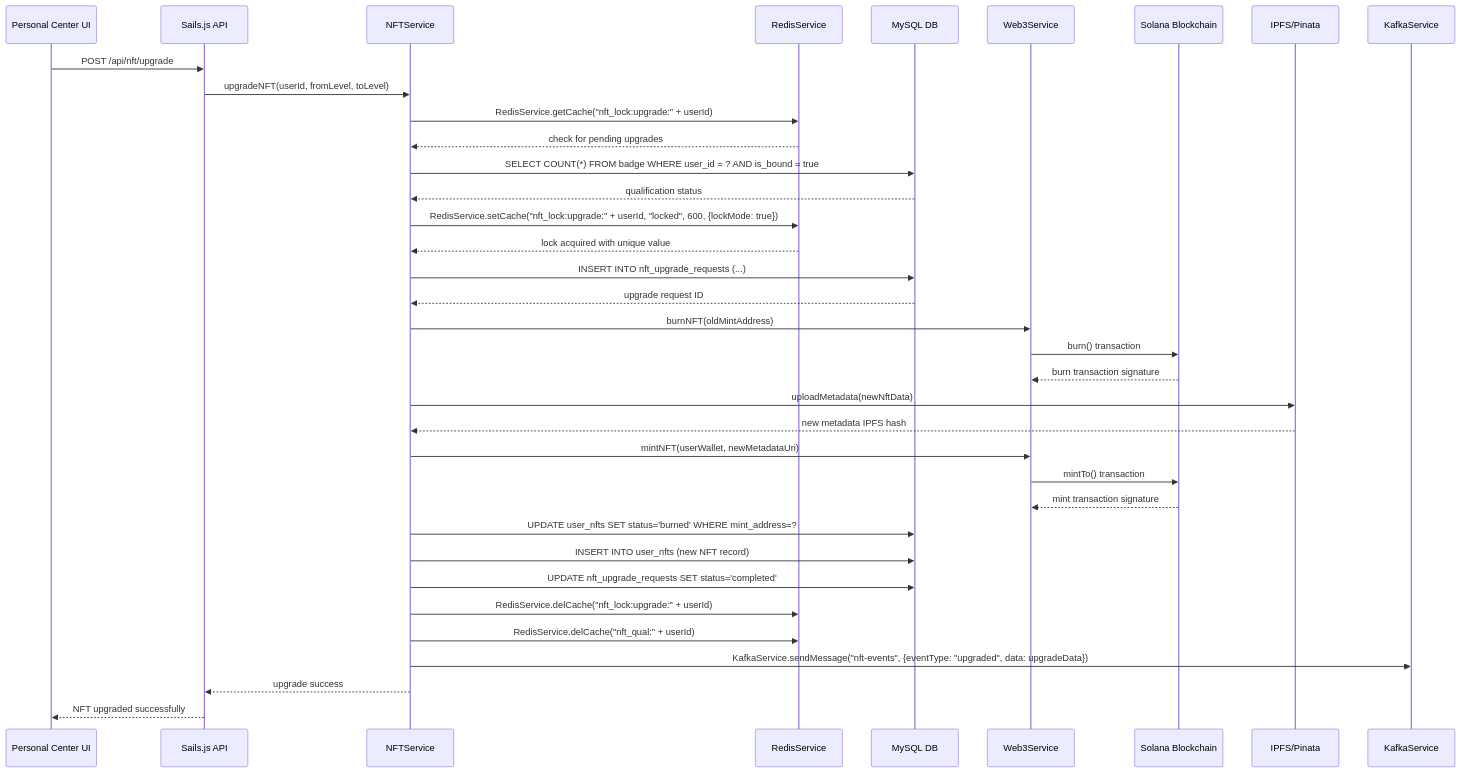
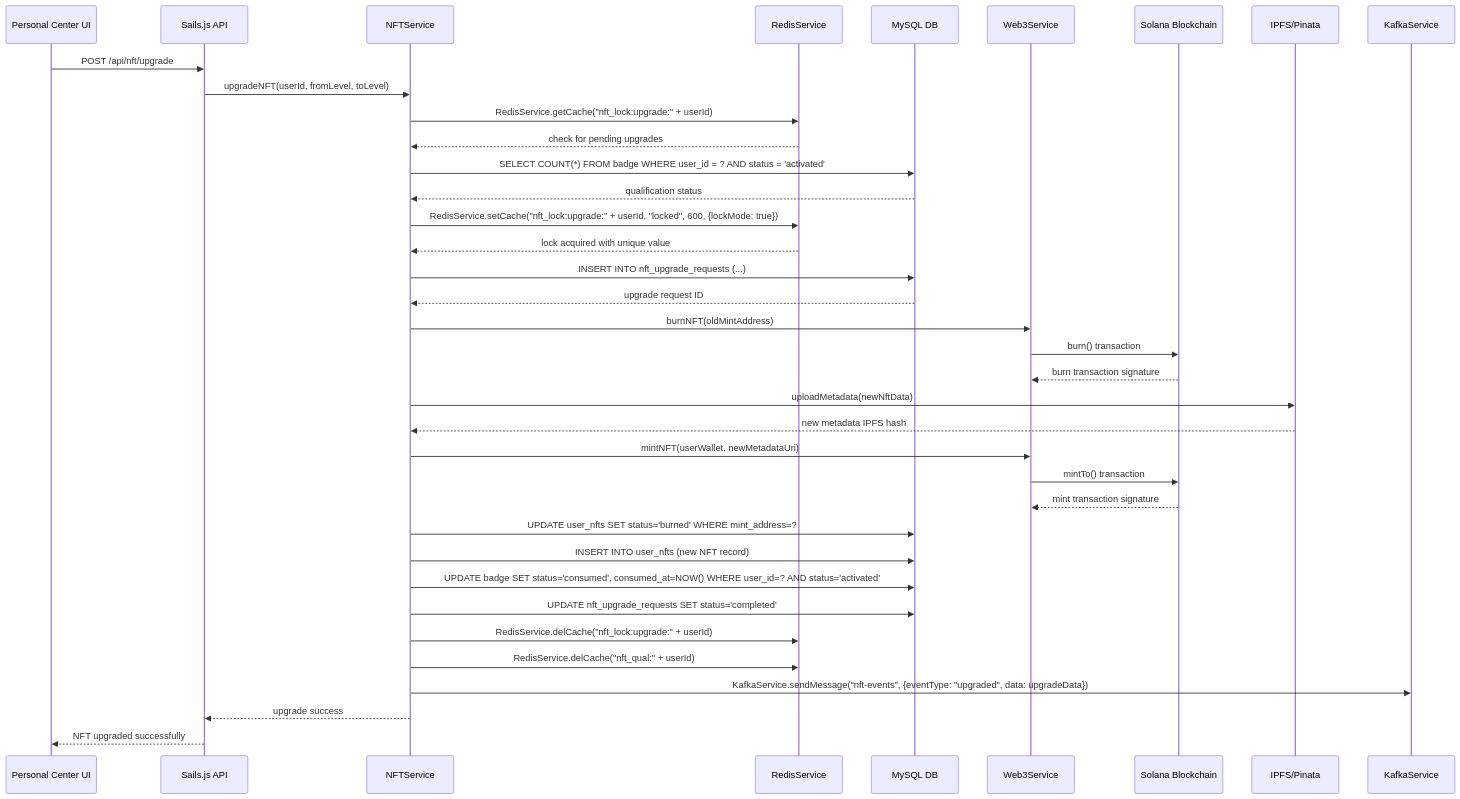
The fourth of 6 diagrams in docs/technical/architecture/AIW3-NFT-System-Design.md (ljg-cqu/aiw3-nft-solana), drawn with Mermaid before and after one commit. The commit also changed other lines of this file and 1 other file, not shown here.

Commit message:
refactor: update badge lifecycle with owned/activated/consumed states and tracking

````diff
--- a/docs/technical/architecture/AIW3-NFT-System-Design.md
+++ b/docs/technical/architecture/AIW3-NFT-System-Design.md
@@ -258,57 +293,58 @@
 ```mermaid
 sequenceDiagram
     participant UI as Personal Center UI
     participant API as Sails.js API
     participant NFT as NFTService
     participant REDIS as RedisService
     participant MYSQL as MySQL DB
     participant WEB3 as Web3Service
     participant SOLANA as Solana Blockchain
     participant IPFS as IPFS/Pinata
     participant KAFKA as KafkaService
     
     UI->>API: POST /api/nft/upgrade
     API->>NFT: upgradeNFT(userId, fromLevel, toLevel)
     
     %% Verify upgrade eligibility using actual RedisService methods
     NFT->>REDIS: RedisService.getCache("nft_lock:upgrade:" + userId)
     REDIS-->>NFT: check for pending upgrades
     
-    NFT->>MYSQL: SELECT COUNT(*) FROM badge WHERE user_id = ? AND is_bound = true
+    NFT->>MYSQL: SELECT COUNT(*) FROM badge WHERE user_id = ? AND status = 'activated'
     MYSQL-->>NFT: qualification status
     
     %% Set upgrade lock using RedisService with lock mode
     NFT->>REDIS: RedisService.setCache("nft_lock:upgrade:" + userId, "locked", 600, {lockMode: true})
     REDIS-->>NFT: lock acquired with unique value
     
     %% Create upgrade request record
     NFT->>MYSQL: INSERT INTO nft_upgrade_requests (...)
     MYSQL-->>NFT: upgrade request ID
     
     %% Burn old NFT
     NFT->>WEB3: burnNFT(oldMintAddress)
     WEB3->>SOLANA: burn() transaction
     SOLANA-->>WEB3: burn transaction signature
     
     %% Upload new metadata
     NFT->>IPFS: uploadMetadata(newNftData)
     IPFS-->>NFT: new metadata IPFS hash
     
     %% Mint new NFT
     NFT->>WEB3: mintNFT(userWallet, newMetadataUri)
     WEB3->>SOLANA: mintTo() transaction
     SOLANA-->>WEB3: mint transaction signature
     
     %% Update database records
     NFT->>MYSQL: UPDATE user_nfts SET status='burned' WHERE mint_address=?
     NFT->>MYSQL: INSERT INTO user_nfts (new NFT record)
+    NFT->>MYSQL: UPDATE badge SET status='consumed', consumed_at=NOW() WHERE user_id=? AND status='activated'
     NFT->>MYSQL: UPDATE nft_upgrade_requests SET status='completed'
     
     %% Clear cache and publish event using actual service methods
     NFT->>REDIS: RedisService.delCache("nft_lock:upgrade:" + userId)
     NFT->>REDIS: RedisService.delCache("nft_qual:" + userId)
     NFT->>KAFKA: KafkaService.sendMessage("nft-events", {eventType: "upgraded", data: upgradeData})
     
     NFT-->>API: upgrade success
     API-->>UI: NFT upgraded successfully
 ```
````
